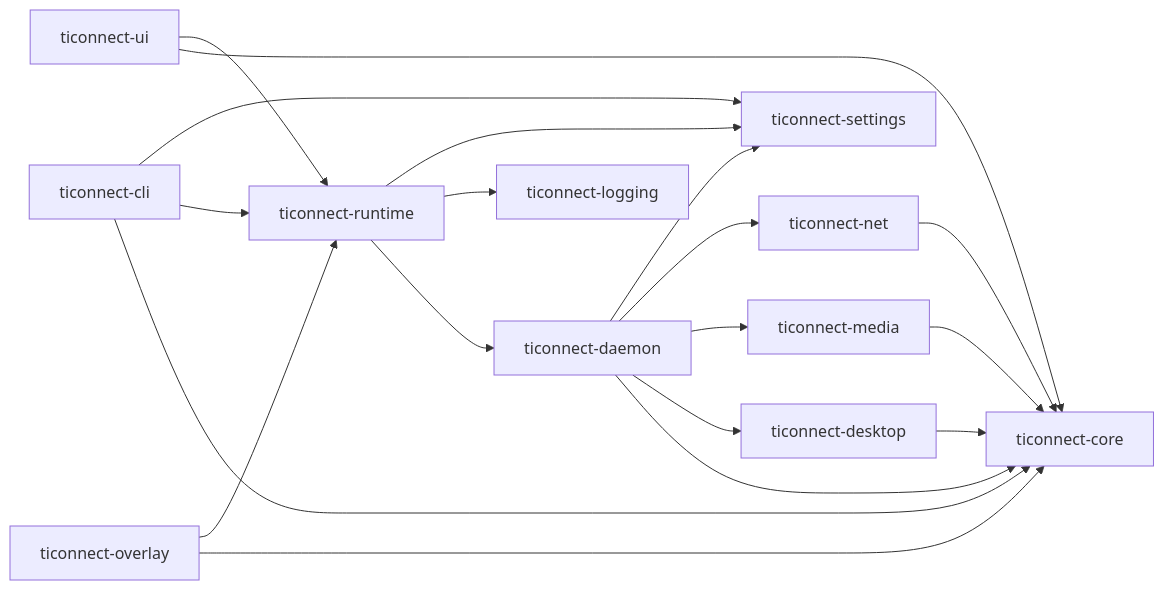
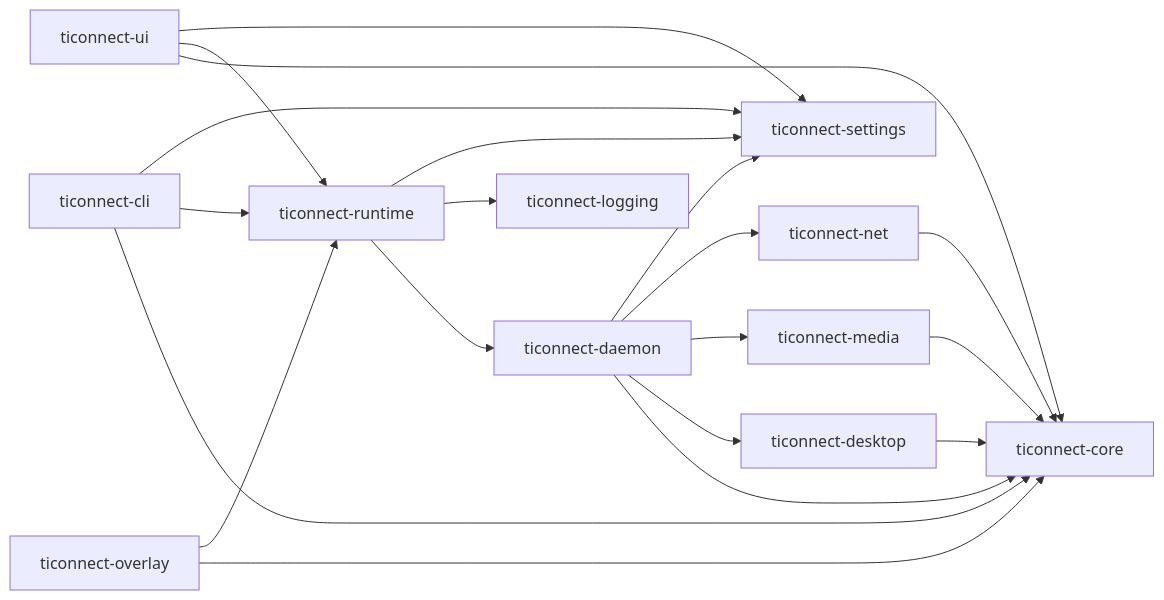
Before and after one commit to TICO-CO/TiConnect: the diagram in docs/systems/generated/build-deps.md, drawn with Mermaid. The commit also changed other lines of this file and 50 other files, not shown here.

````diff
--- a/docs/systems/generated/build-deps.md
+++ b/docs/systems/generated/build-deps.md
@@ -7,21 +7,22 @@
 ```mermaid
 flowchart LR
   p_ticonnect_cli["ticonnect-cli"] --> p_ticonnect_core["ticonnect-core"]
   p_ticonnect_cli["ticonnect-cli"] --> p_ticonnect_runtime["ticonnect-runtime"]
   p_ticonnect_cli["ticonnect-cli"] --> p_ticonnect_settings["ticonnect-settings"]
   p_ticonnect_daemon["ticonnect-daemon"] --> p_ticonnect_core["ticonnect-core"]
   p_ticonnect_daemon["ticonnect-daemon"] --> p_ticonnect_desktop["ticonnect-desktop"]
   p_ticonnect_daemon["ticonnect-daemon"] --> p_ticonnect_media["ticonnect-media"]
   p_ticonnect_daemon["ticonnect-daemon"] --> p_ticonnect_net["ticonnect-net"]
   p_ticonnect_daemon["ticonnect-daemon"] --> p_ticonnect_settings["ticonnect-settings"]
   p_ticonnect_desktop["ticonnect-desktop"] --> p_ticonnect_core["ticonnect-core"]
   p_ticonnect_media["ticonnect-media"] --> p_ticonnect_core["ticonnect-core"]
   p_ticonnect_net["ticonnect-net"] --> p_ticonnect_core["ticonnect-core"]
   p_ticonnect_overlay["ticonnect-overlay"] --> p_ticonnect_core["ticonnect-core"]
   p_ticonnect_overlay["ticonnect-overlay"] --> p_ticonnect_runtime["ticonnect-runtime"]
   p_ticonnect_runtime["ticonnect-runtime"] --> p_ticonnect_daemon["ticonnect-daemon"]
   p_ticonnect_runtime["ticonnect-runtime"] --> p_ticonnect_logging["ticonnect-logging"]
   p_ticonnect_runtime["ticonnect-runtime"] --> p_ticonnect_settings["ticonnect-settings"]
   p_ticonnect_ui["ticonnect-ui"] --> p_ticonnect_core["ticonnect-core"]
   p_ticonnect_ui["ticonnect-ui"] --> p_ticonnect_runtime["ticonnect-runtime"]
+  p_ticonnect_ui["ticonnect-ui"] --> p_ticonnect_settings["ticonnect-settings"]
 ```
````
